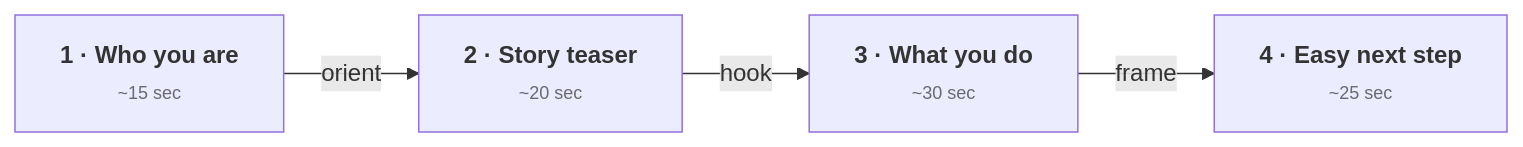
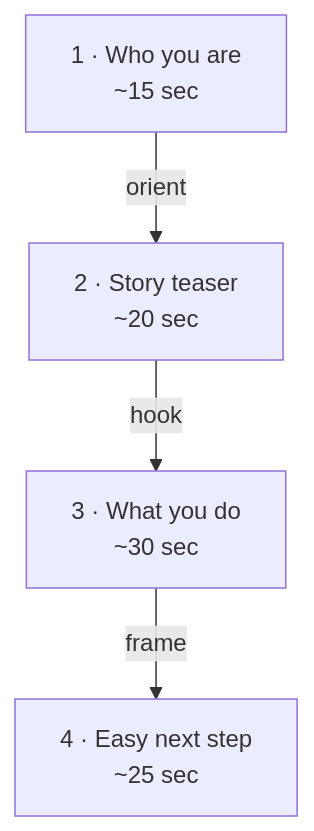
The diagram in docs/next-60-days/week-1/day-06.md (leotansingapore/aia-product-compass-hub), drawn with Mermaid before and after one commit. The commit also changed 39 other files, not shown here.

Commit message:
Next-60-days and first-14-days lessons: vertical mermaid diagrams, no broken inline-HTML blocks

````diff
--- a/docs/next-60-days/week-1/day-06.md
+++ b/docs/next-60-days/week-1/day-06.md
@@ -42,10 +42,10 @@
 ```mermaid
-flowchart LR
-    A["<b>1 · Who you are</b><br/><span style='font-size:12px;opacity:0.7'>~15 sec</span>"]
-    B["<b>2 · Story teaser</b><br/><span style='font-size:12px;opacity:0.7'>~20 sec</span>"]
-    C["<b>3 · What you do</b><br/><span style='font-size:12px;opacity:0.7'>~30 sec</span>"]
-    D["<b>4 · Easy next step</b><br/><span style='font-size:12px;opacity:0.7'>~25 sec</span>"]
-    A -->|orient| B
-    B -->|hook| C
-    C -->|frame| D
+flowchart TD
+    A["1 · Who you are<br/>~15 sec"]
+    B["2 · Story teaser<br/>~20 sec"]
+    C["3 · What you do<br/>~30 sec"]
+    D["4 · Easy next step<br/>~25 sec"]
+    A -->|"orient"| B
+    B -->|"hook"| C
+    C -->|"frame"| D
 ```
````
